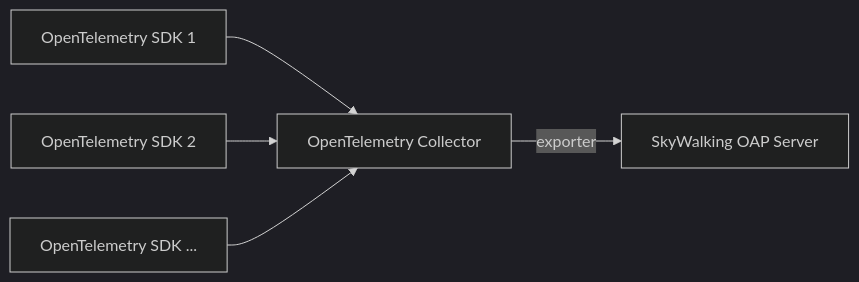
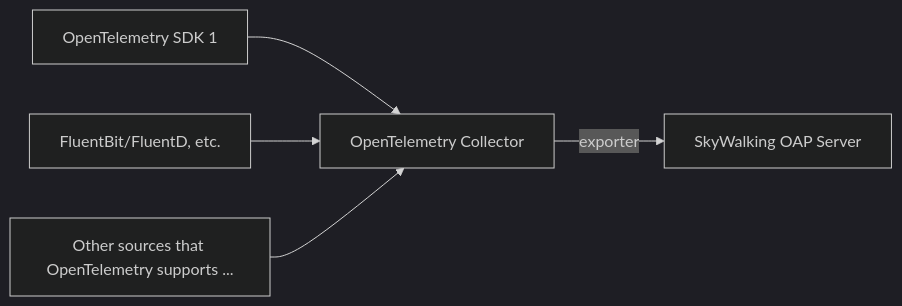
The diagram in docs/en/setup/backend/log-otlp.md (apache/skywalking), drawn with Mermaid (dark theme) before and after one commit.

Commit message:
Polish doc

````diff
--- a/docs/en/setup/backend/log-otlp.md
+++ b/docs/en/setup/backend/log-otlp.md
@@ -5,12 +5,12 @@
 ```mermaid
 graph LR
     B[OpenTelemetry SDK 1]
-    C[OpenTelemetry SDK 2]
-    K[OpenTelemetry SDK ...]
+    C[FluentBit/FluentD, etc.]
+    K[Other sources that OpenTelemetry supports ...]
     D[OpenTelemetry Collector]
     E[SkyWalking OAP Server]
     B --> D
     C --> D
     K --> D
     D -- exporter --> E
 ```
````
